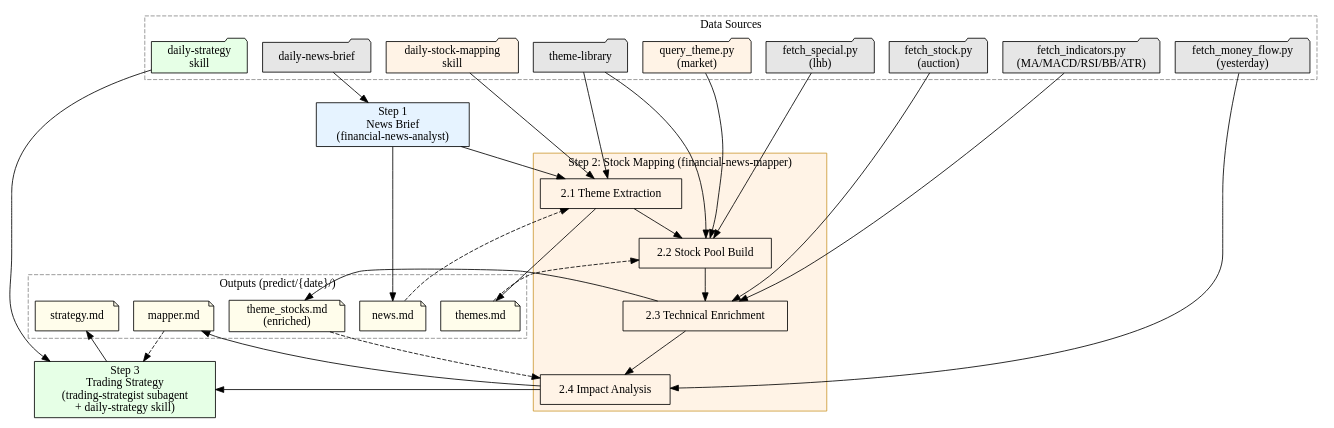
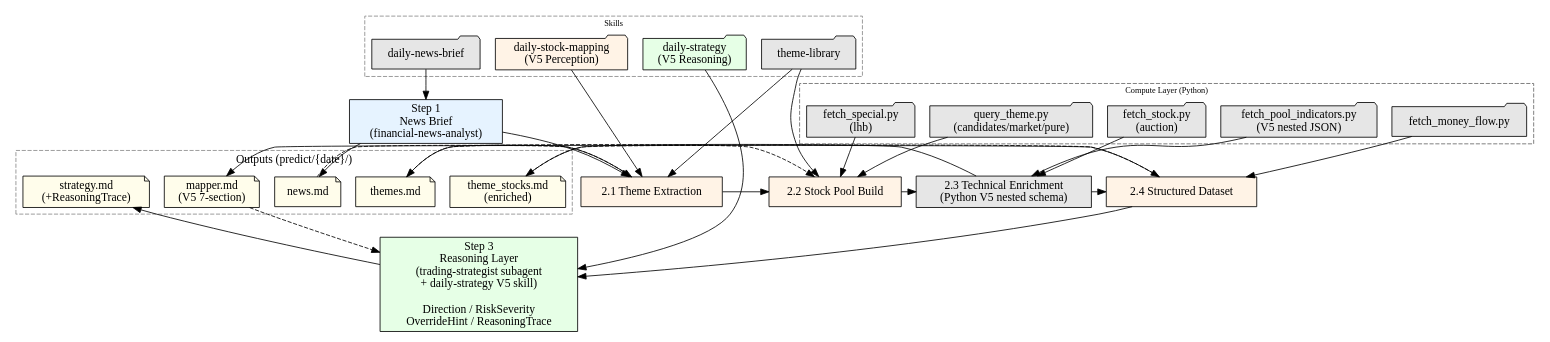
Before and after one commit to mysll/ashare-pilot: the diagram in .opencode/skills/daily-market-analysis/SKILL.md, drawn with Graphviz. The commit also changed other lines of this file and 3 other files, not shown here.

````diff
--- a/.opencode/skills/daily-market-analysis/SKILL.md
+++ b/.opencode/skills/daily-market-analysis/SKILL.md
@@ -17,37 +25,48 @@
     // Step 1
     "Step 1: News Brief" [label="Step 1\nNews Brief\n(financial-news-analyst)", style=filled, fillcolor="#e6f3ff"];
 
-    // Step 2 subgraph
+    // Step 2 subgraph → Perception Layer
     subgraph cluster_step2 {
-        label="Step 2: Stock Mapping (financial-news-mapper)";
+        label="Step 2: Perception\n(financial-news-mapper + daily-stock-mapping V5 skill)";
         style=filled;
         fillcolor="#fff3e6";
         color="#cc9933";
+        fontsize=11;
 
         "2.1 Theme Extraction" [shape=box, style=filled, fillcolor="#fff3e6"];
         "2.2 Stock Pool Build" [shape=box, style=filled, fillcolor="#fff3e6"];
-        "2.3 Technical Enrichment" [shape=box, style=filled, fillcolor="#fff3e6"];
-        "2.4 Impact Analysis" [shape=box, style=filled, fillcolor="#fff3e6"];
+        "2.3 Technical Enrichment\n(Python V5 nested schema)" [shape=box, style=filled, fillcolor="#e6e6e6"];
+        "2.4 Structured Dataset" [shape=box, style=filled, fillcolor="#fff3e6"];
     }
 
-    // Step 3
-    "Step 3: Strategy" [label="Step 3\nTrading Strategy\n(trading-strategist subagent\n+ daily-strategy skill)", style=filled, fillcolor="#e6ffe6"];
+    // Step 3 → Reasoning Layer
+    "Step 3: Reasoning" [label="Step 3\nReasoning Layer\n(trading-strategist subagent\n+ daily-strategy V5 skill)\n\nDirection / RiskSeverity\nOverrideHint / ReasoningTrace", style=filled, fillcolor="#e6ffe6"];
 
-    // Data sources (left)
-    subgraph cluster_datasources {
-        label="Data Sources";
+    // Compute Layer (left)
+    subgraph cluster_compute {
+        label="Compute Layer (Python)";
+        style=dashed;
+        color="#666666";
+        fontsize=10;
+
+        "fetch_pool_indicators.py\n(V5 nested JSON)" [shape=folder, style=filled, fillcolor="#e6e6e6"];
+        "fetch_stock.py\n(auction)" [shape=folder, style=filled, fillcolor="#e6e6e6"];
+        "fetch_money_flow.py" [shape=folder, style=filled, fillcolor="#e6e6e6"];
+        "fetch_special.py\n(lhb)" [shape=folder, style=filled, fillcolor="#e6e6e6"];
+        "query_theme.py\n(candidates/market/pure)" [shape=folder, style=filled, fillcolor="#e6e6e6"];
+    }
+
+    // Skills (bottom)
+    subgraph cluster_skills {
+        label="Skills";
         style=dashed;
         color="#888888";
+        fontsize=10;
 
         "daily-news-brief" [shape=folder, style=filled, fillcolor="#e6e6e6"];
+        "daily-stock-mapping\n(V5 Perception)" [shape=folder, style=filled, fillcolor="#fff3e6"];
+        "daily-strategy\n(V5 Reasoning)" [shape=folder, style=filled, fillcolor="#e6ffe6"];
         "theme-library" [shape=folder, style=filled, fillcolor="#e6e6e6"];
-        "query_theme.py\n(market)" [shape=folder, style=filled, fillcolor="#fff3e6"];
-        "fetch_stock.py\n(auction)" [shape=folder, style=filled, fillcolor="#e6e6e6"];
-        "fetch_indicators.py\n(MA/MACD/RSI/BB/ATR)" [shape=folder, style=filled, fillcolor="#e6e6e6"];
-        "fetch_money_flow.py\n(yesterday)" [shape=folder, style=filled, fillcolor="#e6e6e6"];
-        "fetch_special.py\n(lhb)" [shape=folder, style=filled, fillcolor="#e6e6e6"];
-        "daily-stock-mapping\nskill" [shape=folder, style=filled, fillcolor="#fff3e6"];
-        "daily-strategy\nskill" [shape=folder, style=filled, fillcolor="#e6ffe6"];
     }
 
     // Output files (right)
@@ -59,40 +78,50 @@
         "news.md" [shape=note, style=filled, fillcolor="#fffdeb"];
         "themes.md" [shape=note, style=filled, fillcolor="#fffdeb"];
         "theme_stocks.md\n(enriched)" [shape=note, style=filled, fillcolor="#fffdeb"];
-        "mapper.md" [shape=note, style=filled, fillcolor="#fffdeb"];
-        "strategy.md" [shape=note, style=filled, fillcolor="#fffdeb"];
+        "mapper.md\n(V5 7-section)" [shape=note, style=filled, fillcolor="#fffdeb"];
+        "strategy.md\n(+ReasoningTrace)" [shape=note, style=filled, fillcolor="#fffdeb"];
     }
 
     // Main pipeline flow
     "Step 1: News Brief" -> "2.1 Theme Extraction";
     "2.1 Theme Extraction" -> "2.2 Stock Pool Build";
-    "2.2 Stock Pool Build" -> "2.3 Technical Enrichment";
-    "2.3 Technical Enrichment" -> "2.4 Impact Analysis";
-    "2.4 Impact Analysis" -> "Step 3: Strategy";
+    "2.2 Stock Pool Build" -> "2.3 Technical Enrichment\n(Python V5 nested schema)";
+    "2.3 Technical Enrichment\n(Python V5 nested schema)" -> "2.4 Structured Dataset";
+    "2.4 Structured Dataset" -> "Step 3: Reasoning";
 
     // Output file writes
     "Step 1: News Brief" -> "news.md";
     "2.1 Theme Extraction" -> "themes.md";
-    "2.3 Technical Enrichment" -> "theme_stocks.md\n(enriched)";
-    "2.4 Impact Analysis" -> "mapper.md";
-    "Step 3: Strategy" -> "strategy.md";
+    "2.3 Technical Enrichment\n(Python V5 nested schema)" -> "theme_stocks.md\n(enriched)";
+    "2.4 Structured Dataset" -> "mapper.md\n(V5 7-section)";
+    "Step 3: Reasoning" -> "strategy.md\n(+ReasoningTrace)";
 
-    // Data source feeds
+    // Skill feeds
     "daily-news-brief" -> "Step 1: News Brief";
-        "theme-library" -> "2.1 Theme Extraction";
-        "theme-library" -> "2.2 Stock Pool Build";
-        "query_theme.py\n(market)" -> "2.2 Stock Pool Build";
-    "fetch_stock.py\n(auction)" -> "2.3 Technical Enrichment";
-    "fetch_indicators.py\n(MA/MACD/RSI/BB/ATR)" -> "2.3 Technical Enrichment";
-    "fetch_money_flow.py\n(yesterday)" -> "2.4 Impact Analysis";
+    "daily-stock-mapping\n(V5 Perception)" -> "2.1 Theme Extraction";
+    "daily-strategy\n(V5 Reasoning)" -> "Step 3: Reasoning";
+    "theme-library" -> "2.1 Theme Extraction";
+    "theme-library" -> "2.2 Stock Pool Build";
+
+    // Compute feeds
+    "fetch_pool_indicators.py\n(V5 nested JSON)" -> "2.3 Technical Enrichment\n(Python V5 nested schema)";
+    "fetch_stock.py\n(auction)" -> "2.3 Technical Enrichment\n(Python V5 nested schema)";
+    "fetch_money_flow.py" -> "2.4 Structured Dataset";
     "fetch_special.py\n(lhb)" -> "2.2 Stock Pool Build";
-    "daily-stock-mapping\nskill" -> "2.1 Theme Extraction";
-    "daily-strategy\nskill" -> "Step 3: Strategy";
+    "query_theme.py\n(candidates/market/pure)" -> "2.2 Stock Pool Build";
 
     // Inter-stage file reads (dashed)
     "themes.md" -> "2.2 Stock Pool Build" [style=dashed];
-    "theme_stocks.md\n(enriched)" -> "2.4 Impact Analysis" [style=dashed];
+    "theme_stocks.md\n(enriched)" -> "2.4 Structured Dataset" [style=dashed];
     "news.md" -> "2.1 Theme Extraction" [style=dashed];
-    "mapper.md" -> "Step 3: Strategy" [style=dashed];
+    "mapper.md\n(V5 7-section)" -> "Step 3: Reasoning" [style=dashed];
+
+    // V5 architecture annotation
+    { rank=same; "2.1 Theme Extraction" "2.2 Stock Pool Build" "2.3 Technical Enrichment\n(Python V5 nested schema)" "2.4 Structured Dataset" }
+    {
+        label="V5 Architecture: Compute (Python) → Perception (Steps 1-2) → Reasoning (Step 3) → Decision (strategy.md)";
+        shape=plaintext;
+        fontsize=11;
+    }
 }
 ```
````
